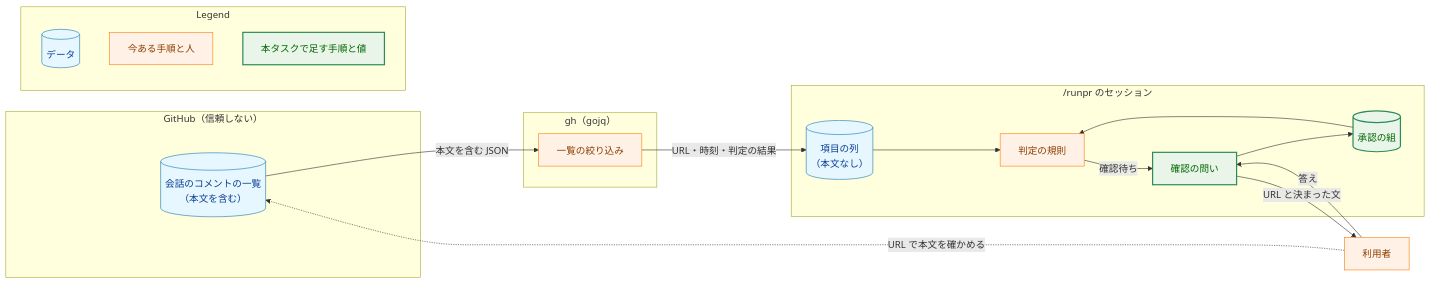
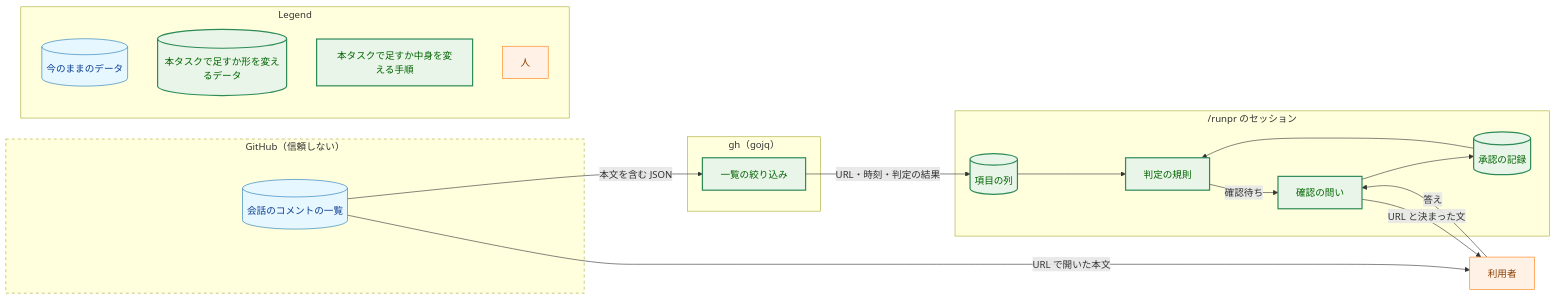
Before and after one commit to isseis/yt2column: the second of 5 diagrams in docs/tasks/0108_codex_null_findings_receipt/02_architecture.md, drawn with Mermaid. The commit also changed other lines of this file, not shown here.

First line of the commit message:
docs(0108): address the architecture review and polish the Japanese

````diff
--- a/docs/tasks/0108_codex_null_findings_receipt/02_architecture.md
+++ b/docs/tasks/0108_codex_null_findings_receipt/02_architecture.md
@@ -140,44 +160,48 @@
 ```mermaid
 flowchart LR
     classDef data fill:#e6f7ff,stroke:#1f77b4,stroke-width:1px,color:#0b3d91;
     classDef process fill:#fff1e6,stroke:#ff7f0e,stroke-width:1px,color:#8a3e00;
     classDef enhanced fill:#e8f5e8,stroke:#2e8b57,stroke-width:2px,color:#006400;
 
     subgraph GH["GitHub（信頼しない）"]
-        API[("会話のコメントの一覧<br>（本文を含む）")]
+        API[("会話のコメントの一覧")]
     end
     subgraph GHCLI["gh（gojq）"]
         JQ["一覧の絞り込み"]
     end
     subgraph SESSION["/runpr のセッション"]
-        ITEMS[("項目の列<br>（本文なし）")]
+        ITEMS[("項目の列")]
         RULES["判定の規則"]
         ASK["確認の問い"]
-        MEM[("承認の組")]
+        MEM[("承認の記録")]
     end
     USER["利用者"]
 
     API -->|"本文を含む JSON"| JQ
     JQ -->|"URL・時刻・判定の結果"| ITEMS
     ITEMS --> RULES
     MEM --> RULES
     RULES -->|"確認待ち"| ASK
     ASK -->|"URL と決まった文"| USER
     USER -->|"答え"| ASK
     ASK --> MEM
-    USER -.->|"URL で本文を確かめる"| API
+    API -->|"URL で開いた本文"| USER
 
-    class API,ITEMS data
-    class JQ,RULES process
-    class ASK,MEM enhanced
+    style GH stroke-dasharray: 5 5
+
+    class API data
+    class ITEMS,MEM enhanced
+    class JQ,RULES,ASK enhanced
     class USER process
 
     subgraph Legend["Legend"]
-        L1[("データ")]
-        L2["今ある手順と人"]
-        L3["本タスクで足す手順と値"]
+        L1[("今のままのデータ")]
+        L2[("本タスクで足すか形を変えるデータ")]
+        L3["本タスクで足すか中身を変える手順"]
+        L4["人"]
     end
     class L1 data
-    class L2 process
+    class L2 enhanced
     class L3 enhanced
+    class L4 process
 ```
````
